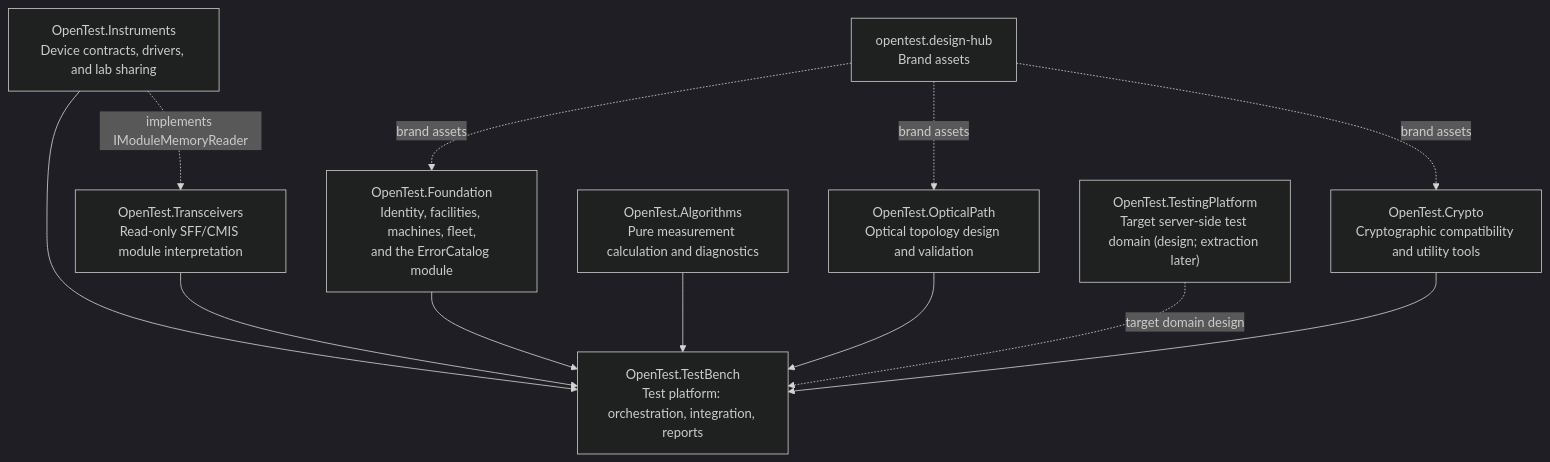
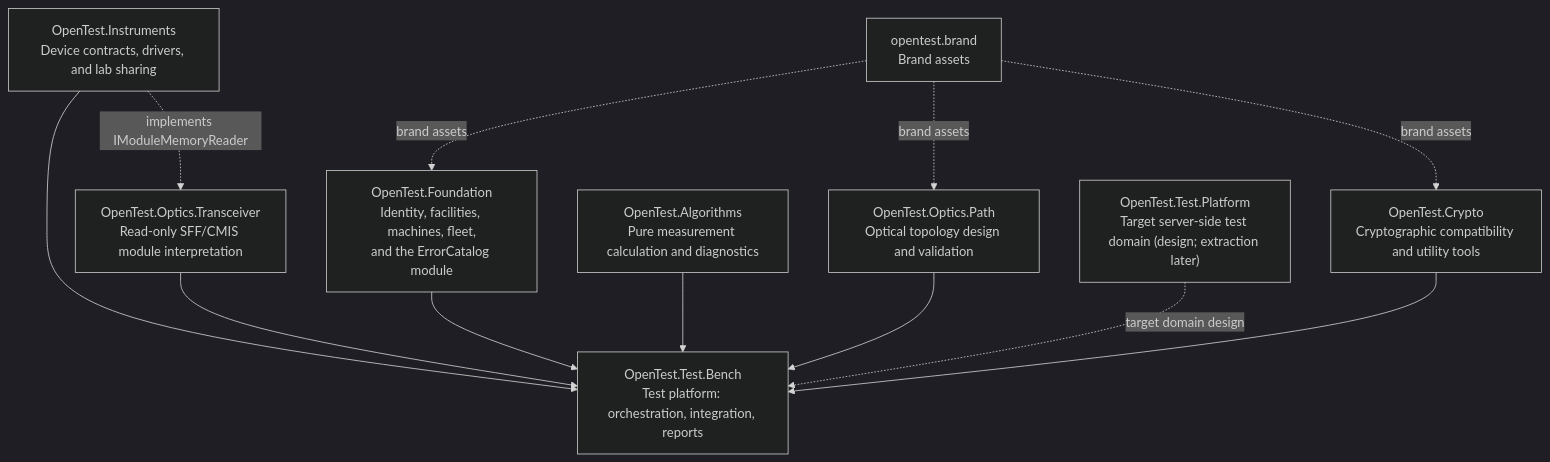
One commit to OpenTest-Labs/.github changed the diagram in profile/README.md. Above: the diagram before and after it, drawn with Mermaid (dark theme). The commit also changed other lines of this file and 1 other file, not shown here.

````diff
--- a/profile/README.md
+++ b/profile/README.md
@@ -13,24 +13,24 @@
 ```mermaid
 flowchart TB
     FOUNDATION["OpenTest.Foundation<br/>Identity, facilities, machines, fleet,<br/>and the ErrorCatalog module"]
     INSTRUMENTS["OpenTest.Instruments<br/>Device contracts, drivers, and lab sharing"]
-    OPTICAL["OpenTest.OpticalPath<br/>Optical topology design and validation"]
-    TRANSCEIVERS["OpenTest.Transceivers<br/>Read-only SFF/CMIS module interpretation"]
+    OPTICAL["OpenTest.Optics.Path<br/>Optical topology design and validation"]
+    TRANSCEIVERS["OpenTest.Optics.Transceiver<br/>Read-only SFF/CMIS module interpretation"]
     ALGORITHMS["OpenTest.Algorithms<br/>Pure measurement calculation and diagnostics"]
     CRYPTO["OpenTest.Crypto<br/>Cryptographic compatibility and utility tools"]
-    TESTBENCH["OpenTest.TestBench<br/>Test platform: orchestration, integration, reports"]
-    TESTING["OpenTest.TestingPlatform<br/>Target server-side test domain (design; extraction later)"]
-    DESIGN["opentest.design-hub<br/>Brand assets"]
+    TESTBENCH["OpenTest.Test.Bench<br/>Test platform: orchestration, integration, reports"]
+    TESTING["OpenTest.Test.Platform<br/>Target server-side test domain (design; extraction later)"]
+    DESIGN["opentest.brand<br/>Brand assets"]
 
     DESIGN -. brand assets .-> FOUNDATION
     DESIGN -. brand assets .-> OPTICAL
     DESIGN -. brand assets .-> CRYPTO
     FOUNDATION --> TESTBENCH
     INSTRUMENTS --> TESTBENCH
     OPTICAL --> TESTBENCH
     TRANSCEIVERS --> TESTBENCH
     ALGORITHMS --> TESTBENCH
     CRYPTO --> TESTBENCH
     INSTRUMENTS -. "implements IModuleMemoryReader" .-> TRANSCEIVERS
     TESTING -. "target domain design" .-> TESTBENCH
 ```
````
